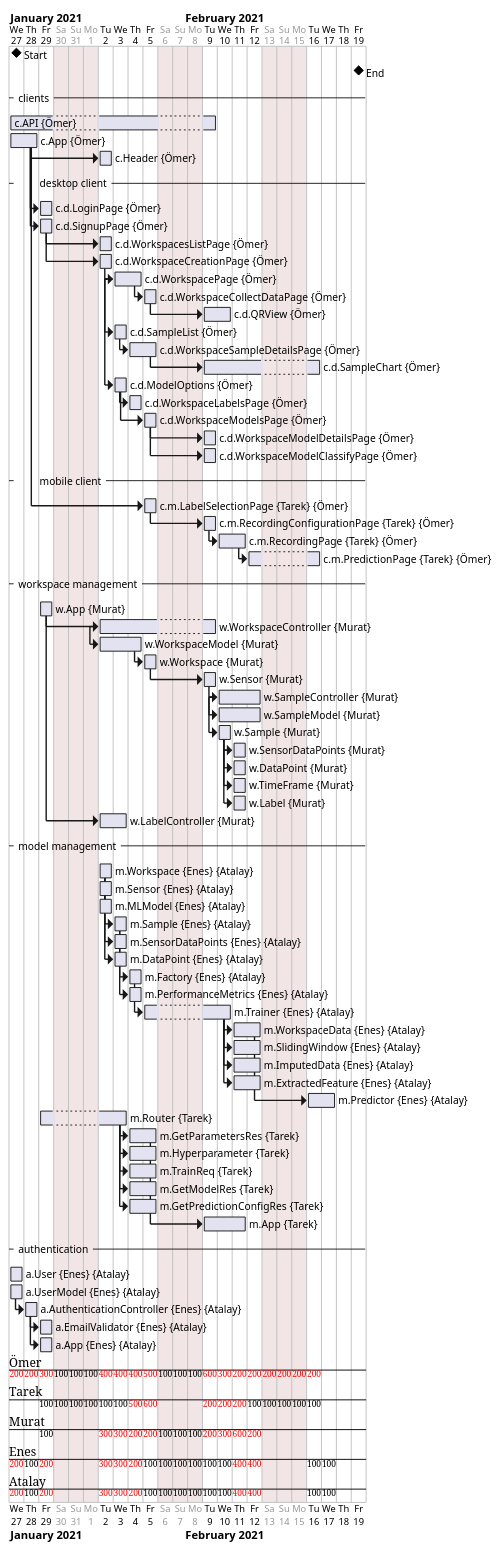
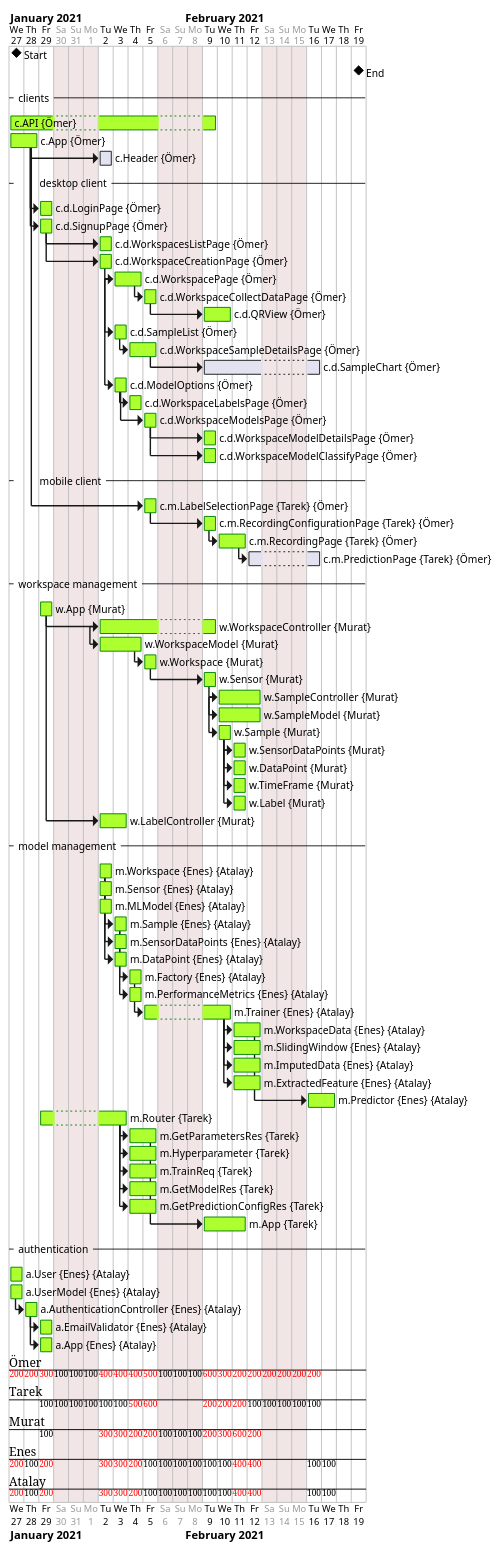
The diagram in Implementation/Plan/gantt.pu (PSE-TECO-2020-TEAM1/e2e-ml_docs), drawn with PlantUML before and after one commit. The commit also changed 18 other files, not shown here.

```diff
--- a/Implementation/Plan/gantt.pu
+++ b/Implementation/Plan/gantt.pu
@@ -1,76 +1,76 @@
 @startgantt
 Project starts 2021-01-27
 saturday are closed
 sunday are closed
 monday are closed
 ' and ends 2021-02-19
 [Start] happens 2021-01-27
 [End] happens 2021-02-19
 -- clients --
-[c.API] on {Ömer} lasts 2 week
-[c.App] on {Ömer} lasts 2 days
+[c.API] on {Ömer} lasts 2 week and is colored in GreenYellow/Green
+[c.App] on {Ömer} lasts 2 days and is colored in GreenYellow/Green
 [c.Header] on {Ömer} starts 4 day after [c.App]'s end and lasts 1 day
 -- \tdesktop client --
-[c.d.LoginPage] on {Ömer} starts at [c.App]'s end and lasts 1 day
-[c.d.SignupPage] on {Ömer} starts at [c.App]'s end and lasts 1 day
-[c.d.WorkspacesListPage] on {Ömer} starts at [c.d.SignupPage]'s end and lasts 1 day
-[c.d.WorkspaceCreationPage] on {Ömer} starts at [c.d.SignupPage]'s end and lasts 1 days
-[c.d.WorkspacePage] on {Ömer} starts at [c.d.WorkspaceCreationPage]'s end and lasts 2 day
-[c.d.WorkspaceCollectDataPage] on {Ömer} starts at [c.d.WorkspacePage]'s end and lasts 1 day
-[c.d.QRView] on {Ömer} starts at [c.d.WorkspaceCollectDataPage]'s end and lasts 2 days
-[c.d.SampleList] on {Ömer} starts at [c.d.WorkspacePage]'s start and lasts 1 day
-[c.d.WorkspaceSampleDetailsPage] on {Ömer} starts at [c.d.SampleList]'s end and lasts 2 days
+[c.d.LoginPage] on {Ömer} starts at [c.App]'s end and lasts 1 day and is colored in GreenYellow/Green
+[c.d.SignupPage] on {Ömer} starts at [c.App]'s end and lasts 1 day and is colored in GreenYellow/Green
+[c.d.WorkspacesListPage] on {Ömer} starts at [c.d.SignupPage]'s end and lasts 1 day and is colored in GreenYellow/Green
+[c.d.WorkspaceCreationPage] on {Ömer} starts at [c.d.SignupPage]'s end and lasts 1 days and is colored in GreenYellow/Green
+[c.d.WorkspacePage] on {Ömer} starts at [c.d.WorkspaceCreationPage]'s end and lasts 2 day and is colored in GreenYellow/Green
+[c.d.WorkspaceCollectDataPage] on {Ömer} starts at [c.d.WorkspacePage]'s end and lasts 1 day and is colored in GreenYellow/Green
+[c.d.QRView] on {Ömer} starts at [c.d.WorkspaceCollectDataPage]'s end and lasts 2 days and is colored in GreenYellow/Green
+[c.d.SampleList] on {Ömer} starts at [c.d.WorkspacePage]'s start and lasts 1 day and is colored in GreenYellow/Green
+[c.d.WorkspaceSampleDetailsPage] on {Ömer} starts at [c.d.SampleList]'s end and lasts 2 days and is colored in GreenYellow/Green
 [c.d.SampleChart] on {Ömer} starts 2 days after [c.d.WorkspaceSampleDetailsPage]'s end and lasts 5 days
-[c.d.ModelOptions] on {Ömer} starts at [c.d.WorkspacePage]'s start and lasts 1 day
-[c.d.WorkspaceLabelsPage] on {Ömer} starts at [c.d.ModelOptions]'s end and lasts 1 day
-[c.d.WorkspaceModelsPage] on {Ömer} starts 1 day after [c.d.ModelOptions]'s end and lasts 1 day
-[c.d.WorkspaceModelDetailsPage] on {Ömer} starts at [c.d.WorkspaceModelsPage]'s end and lasts 1 day
-[c.d.WorkspaceModelClassifyPage] on {Ömer} starts at [c.d.WorkspaceModelsPage]'s end and lasts 1 day
+[c.d.ModelOptions] on {Ömer} starts at [c.d.WorkspacePage]'s start and lasts 1 day and is colored in GreenYellow/Green
+[c.d.WorkspaceLabelsPage] on {Ömer} starts at [c.d.ModelOptions]'s end and lasts 1 day and is colored in GreenYellow/Green
+[c.d.WorkspaceModelsPage] on {Ömer} starts 1 day after [c.d.ModelOptions]'s end and lasts 1 day and is colored in GreenYellow/Green
+[c.d.WorkspaceModelDetailsPage] on {Ömer} starts at [c.d.WorkspaceModelsPage]'s end and lasts 1 day and is colored in GreenYellow/Green
+[c.d.WorkspaceModelClassifyPage] on {Ömer} starts at [c.d.WorkspaceModelsPage]'s end and lasts 1 day and is colored in GreenYellow/Green
 -- \tmobile client --
-[c.m.LabelSelectionPage] on {Tarek} {Ömer} starts 7 days after [c.App]'s end and lasts 1 day
-[c.m.RecordingConfigurationPage] on {Tarek} {Ömer} starts at [c.m.LabelSelectionPage]'s end and lasts 1 day
-[c.m.RecordingPage] on {Tarek} {Ömer} starts at [c.m.RecordingConfigurationPage]'s end and lasts 3 day
+[c.m.LabelSelectionPage] on {Tarek} {Ömer} starts 7 days after [c.App]'s end and lasts 1 day and is colored in GreenYellow/Green
+[c.m.RecordingConfigurationPage] on {Tarek} {Ömer} starts at [c.m.LabelSelectionPage]'s end and lasts 1 day and is colored in GreenYellow/Green
+[c.m.RecordingPage] on {Tarek} {Ömer} starts at [c.m.RecordingConfigurationPage]'s end and lasts 3 day and is colored in GreenYellow/Green
 [c.m.PredictionPage] on {Tarek} {Ömer} starts at [c.m.RecordingPage]'s end and lasts 3 day
 -- workspace management --
-[w.App] on {Murat} starts 2021-01-29 and  lasts 1 day
-[w.WorkspaceController] on {Murat} starts 3 days after [w.App]'s end and lasts 5 day
-[w.WorkspaceModel] on {Murat} starts at [w.WorkspaceController]'s start and lasts 3 day
-[w.Workspace] on {Murat} starts at [w.WorkspaceModel]'s end and lasts 1 day
-[w.Sensor] on {Murat} starts at [w.Workspace]'s end and lasts 1 day
-[w.SampleController] on {Murat} starts at [w.Sensor]'s end and lasts 3 day
-[w.SampleModel] on {Murat} starts at [w.SampleController]'s start and lasts 3 day
-[w.Sample] on {Murat} starts at [w.SampleController]'s start and lasts 1 day
-[w.SensorDataPoints] on {Murat} starts at [w.Sample]'s end and lasts 1 day
-[w.DataPoint] on {Murat} starts at [w.SensorDataPoints]'s start and lasts 1 day
-[w.TimeFrame] on {Murat} starts at [w.Sample]'s end and lasts 1 day
-[w.Label] on {Murat} starts at [w.Sample]'s end and lasts 1 day
-[w.LabelController] on {Murat} starts at [w.App]'s end and lasts 2 day
+[w.App] on {Murat} starts 2021-01-29 and  lasts 1 day and is colored in GreenYellow/Green
+[w.WorkspaceController] on {Murat} starts 3 days after [w.App]'s end and lasts 5 day and is colored in GreenYellow/Green
+[w.WorkspaceModel] on {Murat} starts at [w.WorkspaceController]'s start and lasts 3 day and is colored in GreenYellow/Green
+[w.Workspace] on {Murat} starts at [w.WorkspaceModel]'s end and lasts 1 day and is colored in GreenYellow/Green
+[w.Sensor] on {Murat} starts at [w.Workspace]'s end and lasts 1 day and is colored in GreenYellow/Green
+[w.SampleController] on {Murat} starts at [w.Sensor]'s end and lasts 3 day and is colored in GreenYellow/Green
+[w.SampleModel] on {Murat} starts at [w.SampleController]'s start and lasts 3 day and is colored in GreenYellow/Green
+[w.Sample] on {Murat} starts at [w.SampleController]'s start and lasts 1 day and is colored in GreenYellow/Green
+[w.SensorDataPoints] on {Murat} starts at [w.Sample]'s end and lasts 1 day and is colored in GreenYellow/Green
+[w.DataPoint] on {Murat} starts at [w.SensorDataPoints]'s start and lasts 1 day and is colored in GreenYellow/Green
+[w.TimeFrame] on {Murat} starts at [w.Sample]'s end and lasts 1 day and is colored in GreenYellow/Green
+[w.Label] on {Murat} starts at [w.Sample]'s end and lasts 1 day and is colored in GreenYellow/Green
+[w.LabelController] on {Murat} starts at [w.App]'s end and lasts 2 day and is colored in GreenYellow/Green
 -- model management --
-[m.Workspace] on {Enes} {Atalay} starts 2021-02-01 and lasts 1 day
-[m.Sensor] on {Enes} {Atalay} starts 2021-02-01 and lasts 1 day 
-[m.MLModel] on {Enes} {Atalay} starts 2021-02-01 and lasts 1 day
-[m.Sample] on {Enes} {Atalay} starts at [m.Workspace]'s end and lasts 1 day
-[m.SensorDataPoints] on {Enes} {Atalay} starts at [m.Workspace]'s end and lasts 1 day
-[m.DataPoint] on {Enes} {Atalay} starts at [m.Workspace]'s end and lasts 1 day
-[m.Factory] on {Enes} {Atalay} starts at [m.Sample]'s end and lasts 2 day
-[m.PerformanceMetrics] on {Enes} {Atalay} starts at [m.Sample]'s end and lasts 2 day
-[m.Trainer] on {Enes} {Atalay} starts at [m.Factory]'s end and lasts 5 day
-[m.WorkspaceData] on {Enes} {Atalay} starts at [m.Trainer]'s end and lasts 3 day
-[m.SlidingWindow] on {Enes} {Atalay} starts at [m.Trainer]'s end and lasts 3 day
-[m.ImputedData] on {Enes} {Atalay} starts at [m.Trainer]'s end and lasts 3 day
-[m.ExtractedFeature] on {Enes} {Atalay} starts at [m.Trainer]'s end and lasts 3 day
-[m.Predictor] on {Enes} {Atalay} starts at [m.WorkspaceData]'s end and lasts 3 day
-[m.Router] on {Tarek} starts 2021-01-29 and lasts 3 day
-[m.GetParametersRes] on {Tarek} starts at [m.Router]'s end and lasts 2 day
-[m.Hyperparameter] on {Tarek} starts at [m.Router]'s end and lasts 2 day
-[m.TrainReq] on {Tarek} starts at [m.Router]'s end and lasts 2 day
-[m.GetModelRes] on {Tarek} starts at [m.Router]'s end and lasts 2 day
-[m.GetPredictionConfigRes] on {Tarek} starts at [m.Router]'s end and lasts 2 day
-[m.App] on {Tarek} starts at [m.GetParametersRes]'s end and lasts 3 day
+[m.Workspace] on {Enes} {Atalay} starts 2021-02-01 and lasts 1 day and is colored in GreenYellow/Green
+[m.Sensor] on {Enes} {Atalay} starts 2021-02-01 and lasts 1 day  and is colored in GreenYellow/Green
+[m.MLModel] on {Enes} {Atalay} starts 2021-02-01 and lasts 1 day and is colored in GreenYellow/Green
+[m.Sample] on {Enes} {Atalay} starts at [m.Workspace]'s end and lasts 1 day and is colored in GreenYellow/Green
+[m.SensorDataPoints] on {Enes} {Atalay} starts at [m.Workspace]'s end and lasts 1 day and is colored in GreenYellow/Green
+[m.DataPoint] on {Enes} {Atalay} starts at [m.Workspace]'s end and lasts 1 day and is colored in GreenYellow/Green
+[m.Factory] on {Enes} {Atalay} starts at [m.Sample]'s end and lasts 2 day and is colored in GreenYellow/Green
+[m.PerformanceMetrics] on {Enes} {Atalay} starts at [m.Sample]'s end and lasts 2 day  and is colored in GreenYellow/Green
+[m.Trainer] on {Enes} {Atalay} starts at [m.Factory]'s end and lasts 5 day and is colored in GreenYellow/Green
+[m.WorkspaceData] on {Enes} {Atalay} starts at [m.Trainer]'s end and lasts 3 day  and is colored in GreenYellow/Green
+[m.SlidingWindow] on {Enes} {Atalay} starts at [m.Trainer]'s end and lasts 3 day  and is colored in GreenYellow/Green
+[m.ImputedData] on {Enes} {Atalay} starts at [m.Trainer]'s end and lasts 3 day  and is colored in GreenYellow/Green
+[m.ExtractedFeature] on {Enes} {Atalay} starts at [m.Trainer]'s end and lasts 3 day  and is colored in GreenYellow/Green
+[m.Predictor] on {Enes} {Atalay} starts at [m.WorkspaceData]'s end and lasts 3 day  and is colored in GreenYellow/Green
+[m.Router] on {Tarek} starts 2021-01-29 and lasts 3 day and is colored in GreenYellow/Green
+[m.GetParametersRes] on {Tarek} starts at [m.Router]'s end and lasts 2 day and is colored in GreenYellow/Green
+[m.Hyperparameter] on {Tarek} starts at [m.Router]'s end and lasts 2 day and is colored in GreenYellow/Green
+[m.TrainReq] on {Tarek} starts at [m.Router]'s end and lasts 2 day and is colored in GreenYellow/Green
+[m.GetModelRes] on {Tarek} starts at [m.Router]'s end and lasts 2 day and is colored in GreenYellow/Green
+[m.GetPredictionConfigRes] on {Tarek} starts at [m.Router]'s end and lasts 2 day and is colored in GreenYellow/Green
+[m.App] on {Tarek} starts at [m.GetParametersRes]'s end and lasts 3 day  and is colored in GreenYellow/Green
 -- authentication --
-[a.User] on {Enes} {Atalay} lasts 1 day
-[a.UserModel] on {Enes} {Atalay} lasts 1 day
-[a.AuthenticationController] on {Enes} {Atalay} starts at [a.UserModel]'s end and lasts 1 day
-[a.EmailValidator] on {Enes} {Atalay} starts at [a.AuthenticationController]'s end and lasts 1 day
-[a.App] on {Enes} {Atalay} starts at [a.AuthenticationController]'s end and lasts 1 day
+[a.User] on {Enes} {Atalay} lasts 1 day and is colored in GreenYellow/Green
+[a.UserModel] on {Enes} {Atalay} lasts 1 day and is colored in GreenYellow/Green
+[a.AuthenticationController] on {Enes} {Atalay} starts at [a.UserModel]'s end and lasts 1 day and is colored in GreenYellow/Green
+[a.EmailValidator] on {Enes} {Atalay} starts at [a.AuthenticationController]'s end and lasts 1 day and is colored in GreenYellow/Green
+[a.App] on {Enes} {Atalay} starts at [a.AuthenticationController]'s end and lasts 1 day and is colored in GreenYellow/Green
 @endgantt
```
